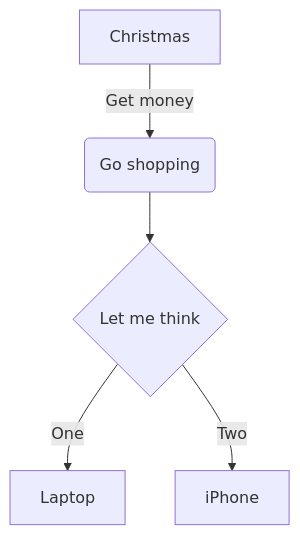
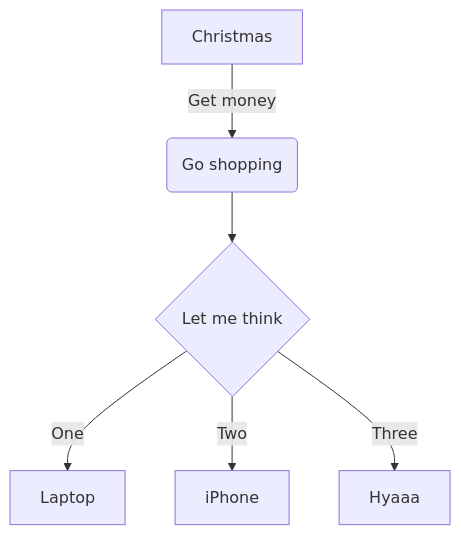
One commit to hsingh23/my-files changed the diagram in cool.mermaid. Above: the diagram before and after it, drawn with Mermaid.

```diff
--- a/cool.mermaid
+++ b/cool.mermaid
@@ -1,5 +1,6 @@
 flowchart TD
     A[Christmas] -->|Get money| B(Go shopping)
     B --> C{Let me think}
     C -->|One| D[Laptop]
     C -->|Two| E[iPhone]
+    C -->|Three| F[Hyaaa]
```
